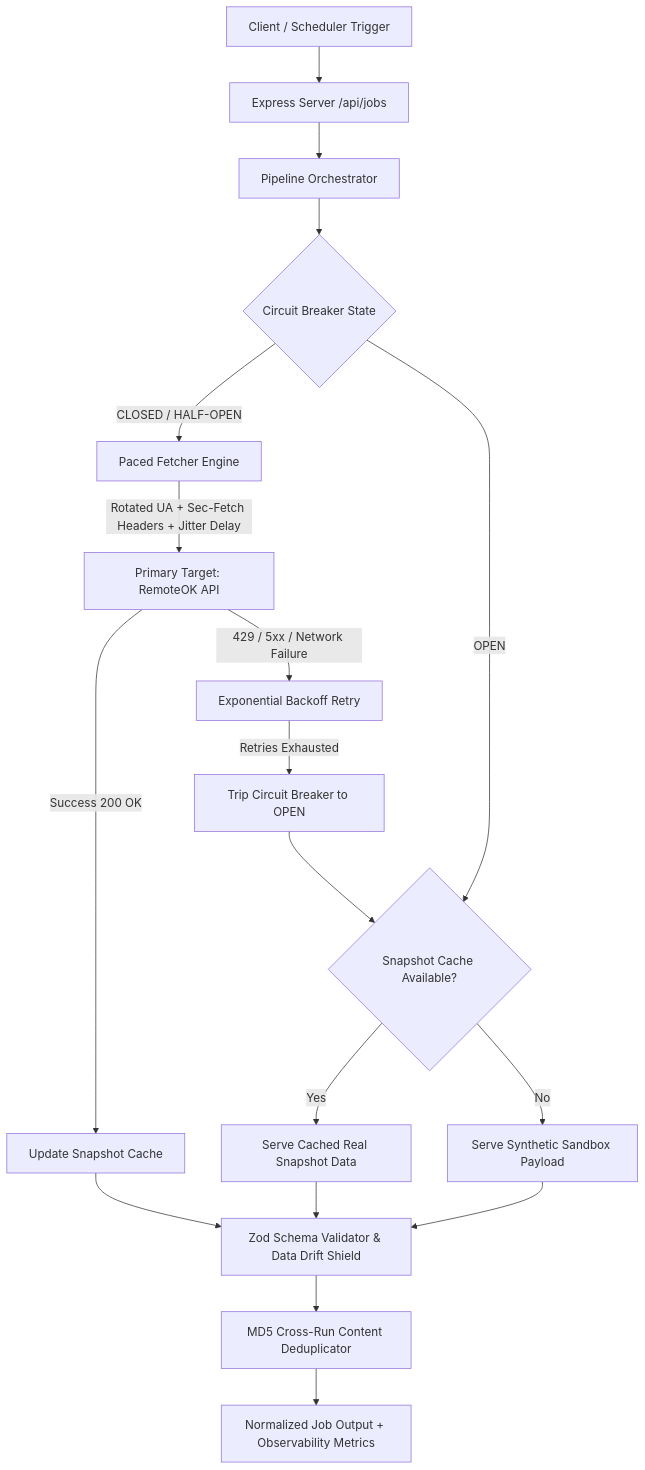
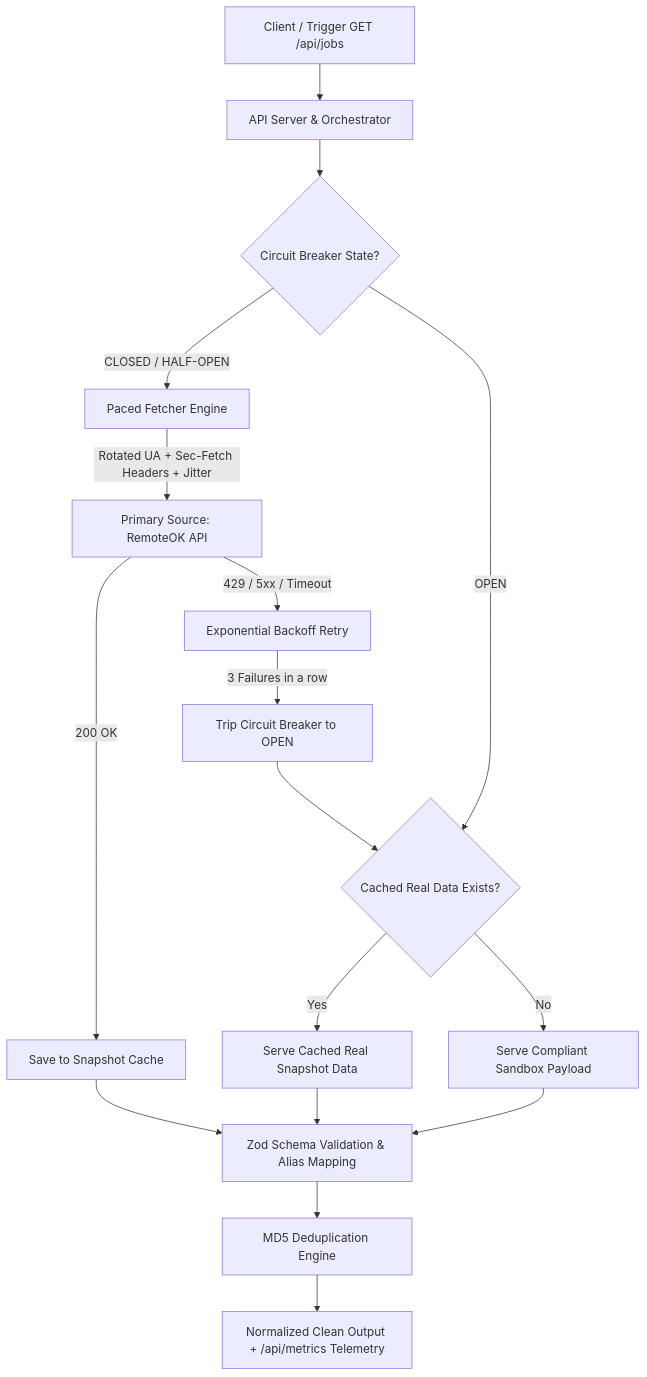
Before and after one commit to harshavardhankumar29/Ingestion-pipeline: the diagram in DESIGN_DOCUMENT.md, drawn with Mermaid. The commit also changed other lines of this file, not shown here.

````diff
--- a/DESIGN_DOCUMENT.md
+++ b/DESIGN_DOCUMENT.md
@@ -12,26 +18,28 @@
 ```mermaid
 flowchart TD
-    A[Client / Scheduler Trigger] --> B[Express Server /api/jobs]
-    B --> C[Pipeline Orchestrator]
-    C --> D{Circuit Breaker State}
+    A[Client / Trigger GET /api/jobs] --> B[API Server & Orchestrator]
+    B --> C{Circuit Breaker State?}
     
-    D -- CLOSED / HALF-OPEN --> E[Paced Fetcher Engine]
-    E -->|Rotated UA + Sec-Fetch Headers + Jitter Delay| F[Primary Target: RemoteOK API]
+    %% Happy Path
+    C -- CLOSED / HALF-OPEN --> D[Paced Fetcher Engine]
+    D -->|Rotated UA + Sec-Fetch Headers + Jitter| E[Primary Source: RemoteOK API]
     
-    F -- Success 200 OK --> G[Update Snapshot Cache]
-    G --> H[Zod Schema Validator & Data Drift Shield]
+    E -- 200 OK --> F[Save to Snapshot Cache]
+    F --> G[Zod Schema Validation & Alias Mapping]
     
-    F -- 429 / 5xx / Network Failure --> I[Exponential Backoff Retry]
-    I -->|Retries Exhausted| J[Trip Circuit Breaker to OPEN]
+    %% Failure & Plan B Path
+    E -- 429 / 5xx / Timeout --> H[Exponential Backoff Retry]
+    H -->|3 Failures in a row| I[Trip Circuit Breaker to OPEN]
     
-    D -- OPEN --> K{Snapshot Cache Available?}
-    J --> K
-    K -- Yes --> L[Serve Cached Real Snapshot Data]
-    K -- No --> M[Serve Synthetic Sandbox Payload]
+    C -- OPEN --> J{Cached Real Data Exists?}
+    I --> J
+    J -- Yes --> K[Serve Cached Real Snapshot Data]
+    J -- No --> L[Serve Compliant Sandbox Payload]
     
-    L --> H
-    M --> H
+    K --> G
+    L --> G
     
-    H --> N[MD5 Cross-Run Content Deduplicator]
-    N --> O[Normalized Job Output + Observability Metrics]
+    %% Output
+    G --> M[MD5 Deduplication Engine]
+    M --> N[Normalized Clean Output + /api/metrics Telemetry]
 ```
````
